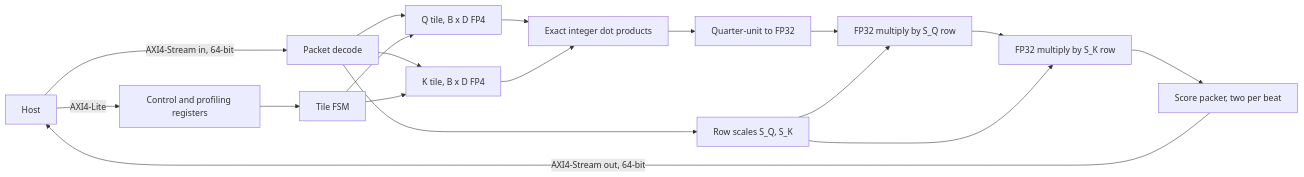
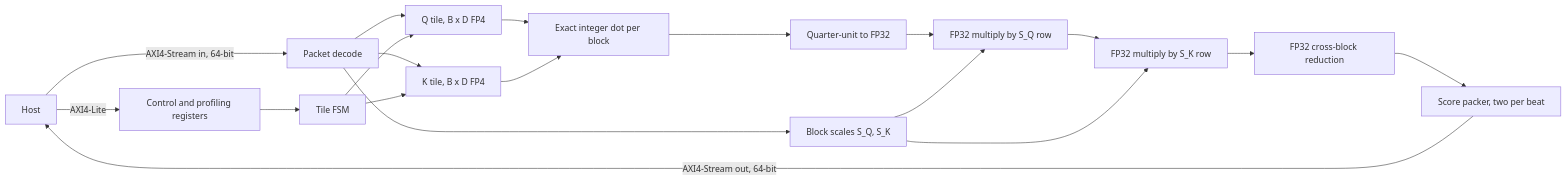
Before and after one commit to vamsireddysup/ECE510-H4AI: the diagram in docs/architecture.md, drawn with Mermaid. The commit also changed other lines of this file and 20 other files, not shown here.

````diff
--- a/docs/architecture.md
+++ b/docs/architecture.md
@@ -27,20 +29,21 @@
 ```mermaid
 flowchart LR
     Host[Host] -->|AXI4-Lite| Ctrl[Control and profiling registers]
     Host -->|"AXI4-Stream in, 64-bit"| Pack[Packet decode]
-    Pack --> SQ[Row scales S_Q, S_K]
+    Pack --> SQ[Block scales S_Q, S_K]
     Pack --> QT[Q tile, B x D FP4]
     Pack --> KT[K tile, B x D FP4]
     Ctrl --> FSM[Tile FSM]
     FSM --> QT
     FSM --> KT
-    QT --> Dot[Exact integer dot products]
+    QT --> Dot[Exact integer dot per block]
     KT --> Dot
     Dot --> Conv[Quarter-unit to FP32]
     Conv --> M1[FP32 multiply by S_Q row]
     SQ --> M1
     M1 --> M2[FP32 multiply by S_K row]
     SQ --> M2
-    M2 --> Out[Score packer, two per beat]
+    M2 --> Add[FP32 cross-block reduction]
+    Add --> Out[Score packer, two per beat]
     Out -->|"AXI4-Stream out, 64-bit"| Host
 ```
````
